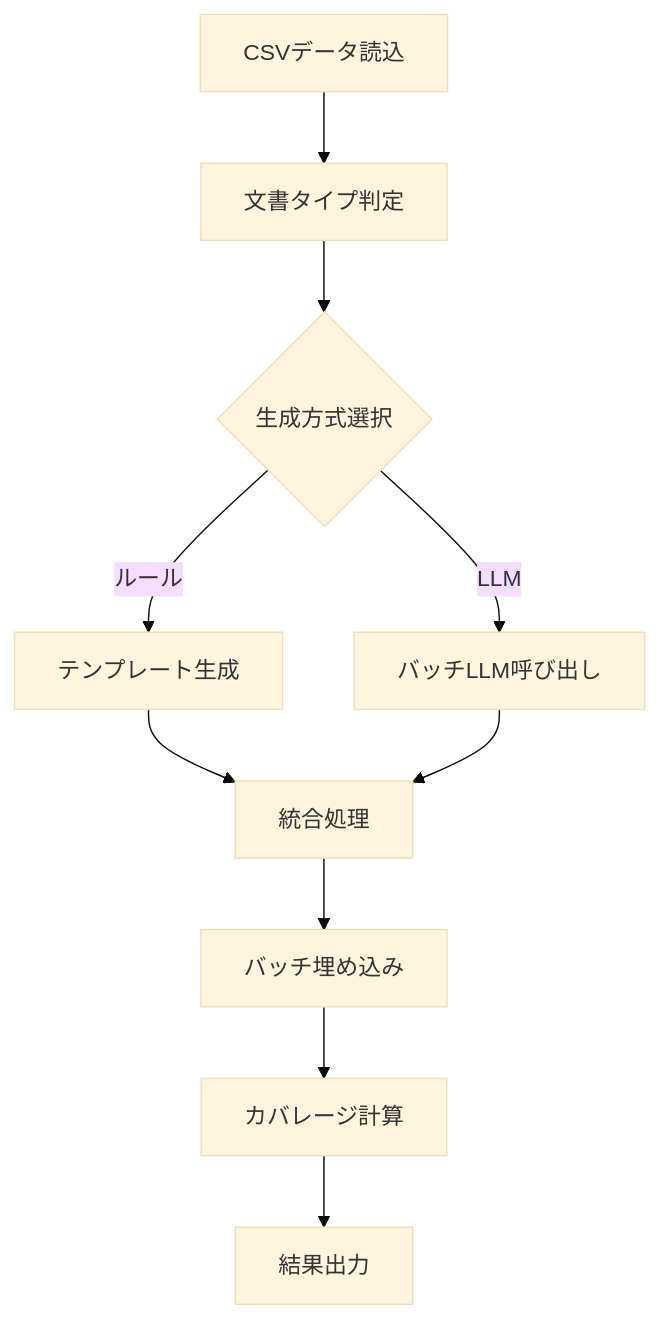
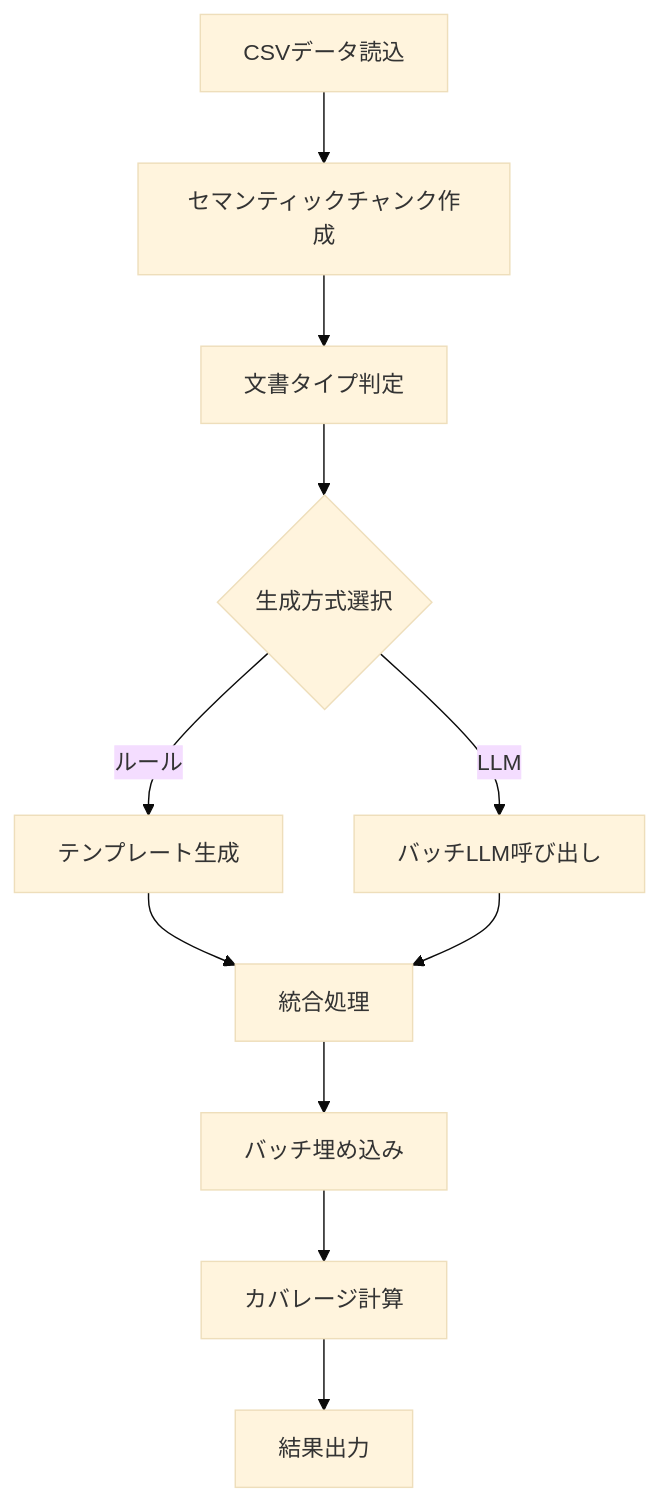
The third of 5 diagrams in doc/coverage_feature_comparison.md (nakashima2toshio/openai_rag_qa_jp), drawn with Mermaid (base theme) before and after one commit. The commit also changed other lines of this file and 30 other files, not shown here.

````diff
--- a/doc/coverage_feature_comparison.md
+++ b/doc/coverage_feature_comparison.md
@@ -80,12 +84,13 @@
 ```mermaid
 graph TD
-    A[CSVデータ読込] --> B[文書タイプ判定]
-    B --> C{生成方式選択}
-    C -->|ルール| D[テンプレート生成]
-    C -->|LLM| E[バッチLLM呼び出し]
-    D --> F[統合処理]
-    E --> F
-    F --> G[バッチ埋め込み]
-    G --> H[カバレージ計算]
-    H --> I[結果出力]
+    A[CSVデータ読込] --> B[セマンティックチャンク作成]
+    B --> C[文書タイプ判定]
+    C --> D{生成方式選択}
+    D -->|ルール| E[テンプレート生成]
+    D -->|LLM| F[バッチLLM呼び出し]
+    E --> G[統合処理]
+    F --> G
+    G --> H[バッチ埋め込み]
+    H --> I[カバレージ計算]
+    I --> J[結果出力]
 ```
````
